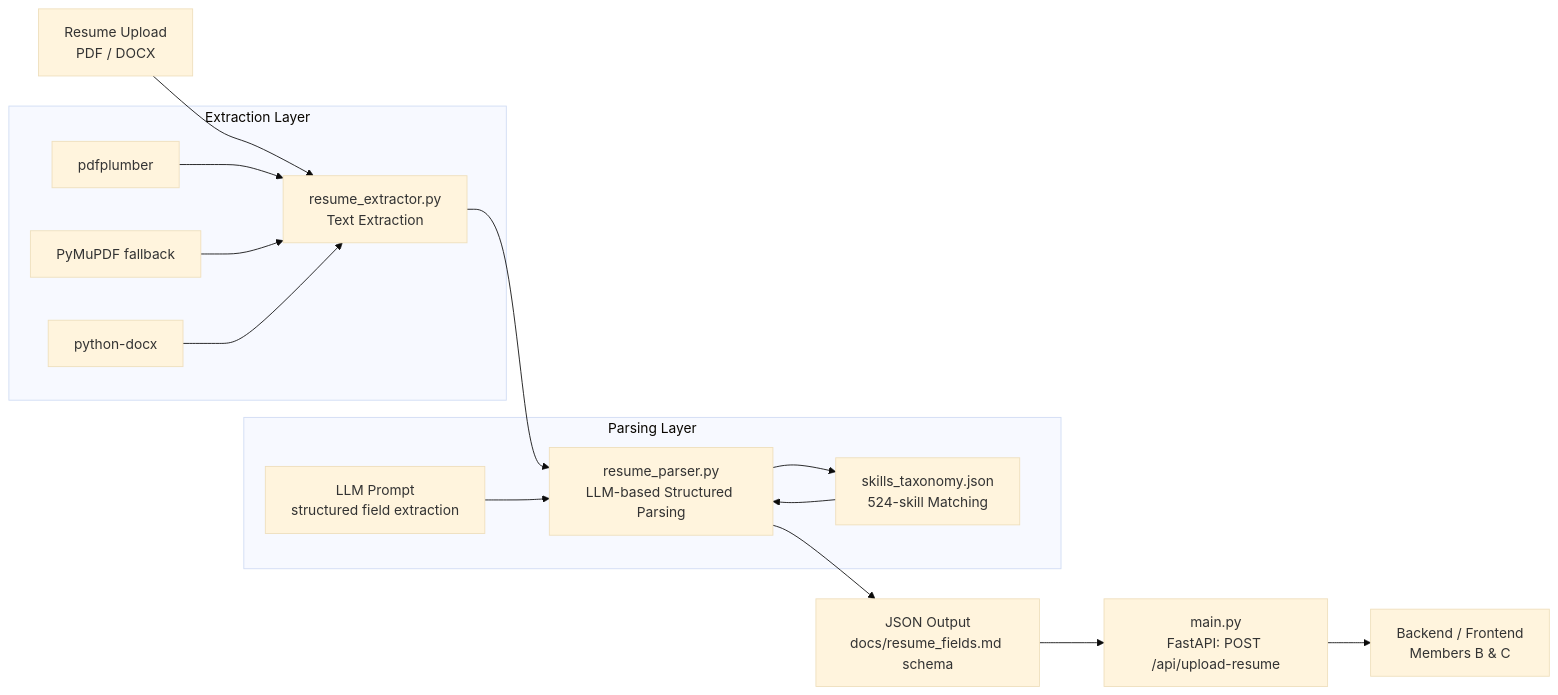
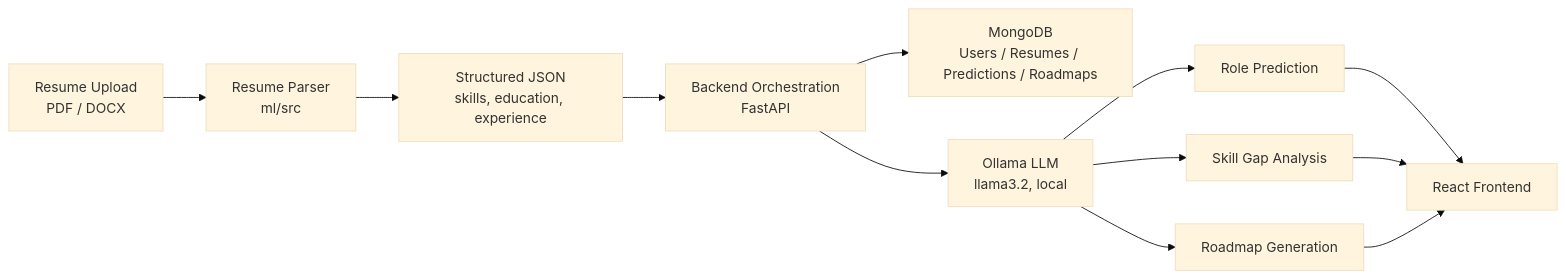
Before and after one commit to Padmapv28/skill_bridge: the diagram in README.md, drawn with Mermaid (base theme). The commit also changed other lines of this file and 32 other files, not shown here.

````diff
--- a/README.md
+++ b/README.md
@@ -7,22 +17,14 @@
 ```mermaid
 flowchart LR
-    A[Resume Upload<br/>PDF / DOCX] --> B[resume_extractor.py<br/>Text Extraction]
-    B --> C[resume_parser.py<br/>LLM-based Structured Parsing]
-    C --> D[skills_taxonomy.json<br/>524-skill Matching]
-    C --> E[JSON Output<br/>docs/resume_fields.md schema]
-    E --> F[main.py<br/>FastAPI: POST /api/upload-resume]
-    F --> G[Backend / Frontend<br/>Members B & C]
-
-    subgraph Extraction Layer
-        B
-        B1[pdfplumber] --> B
-        B2[PyMuPDF fallback] --> B
-        B3[python-docx] --> B
-    end
-
-    subgraph Parsing Layer
-        C
-        C1[LLM Prompt<br/>structured field extraction] --> C
-        D --> C
-    end
+    A[Resume Upload<br/>PDF / DOCX] --> B[Resume Parser<br/>ml/src]
+    B --> C[Structured JSON<br/>skills, education, experience]
+    C --> D[Backend Orchestration<br/>FastAPI]
+    D --> E[MongoDB<br/>Users / Resumes / Predictions / Roadmaps]
+    D --> F[Ollama LLM<br/>llama3.2, local]
+    F --> G[Role Prediction]
+    F --> H[Skill Gap Analysis]
+    F --> I[Roadmap Generation]
+    G --> J[React Frontend]
+    H --> J
+    I --> J
 ```
````
